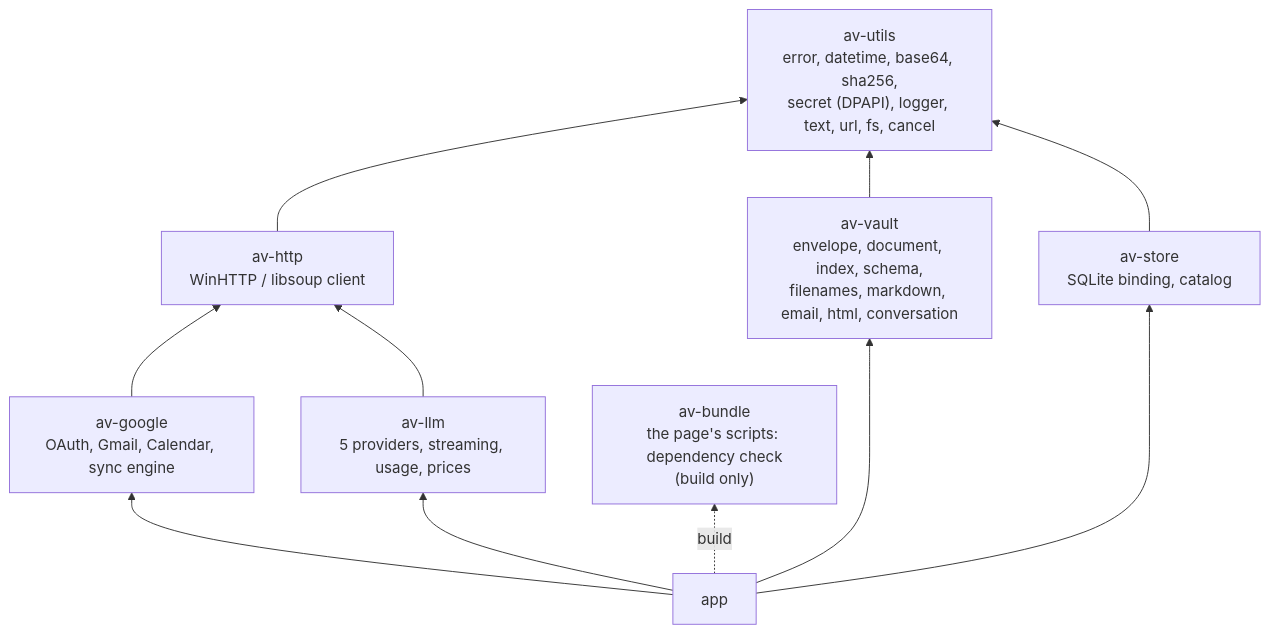
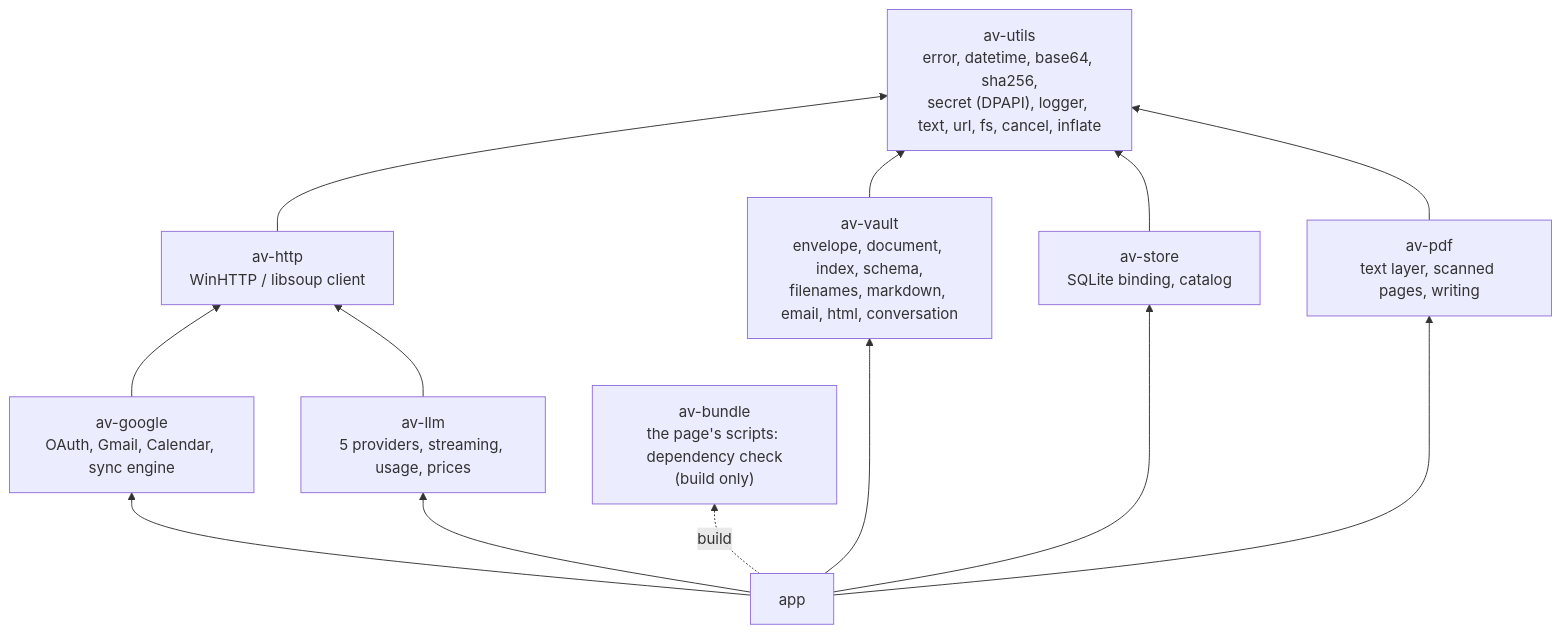
The second of 3 diagrams in docs/architecture.md (steschu77/avelor), drawn with Mermaid before and after one commit. The commit also changed other lines of this file and 24 other files, not shown here.

First line of the commit message:
feat(pdf): read a PDF's text layer

````diff
--- a/docs/architecture.md
+++ b/docs/architecture.md
@@ -302,21 +305,24 @@
 ```mermaid
 flowchart BT
-    utils["av-utils<br/>error, datetime, base64, sha256,<br/>secret (DPAPI), logger, text, url, fs, cancel"]
+    utils["av-utils<br/>error, datetime, base64, sha256,<br/>secret (DPAPI), logger, text, url, fs, cancel, inflate"]
     http["av-http<br/>WinHTTP / libsoup client"]
     vault["av-vault<br/>envelope, document, index, schema,<br/>filenames, markdown, email, html, conversation"]
     store["av-store<br/>SQLite binding, catalog"]
     google["av-google<br/>OAuth, Gmail, Calendar, sync engine"]
     llm["av-llm<br/>5 providers, streaming, usage, prices"]
+    pdf["av-pdf<br/>text layer, scanned pages, writing"]
     bundle["av-bundle<br/>the page's scripts: dependency check<br/>(build only)"]
     app["app"]
     http --> utils
     vault --> utils
     store --> utils
+    pdf --> utils
     google --> http
     llm --> http
     app --> vault
     app --> store
     app --> google
     app --> llm
+    app --> pdf
     app -. build .-> bundle
 ```
````
